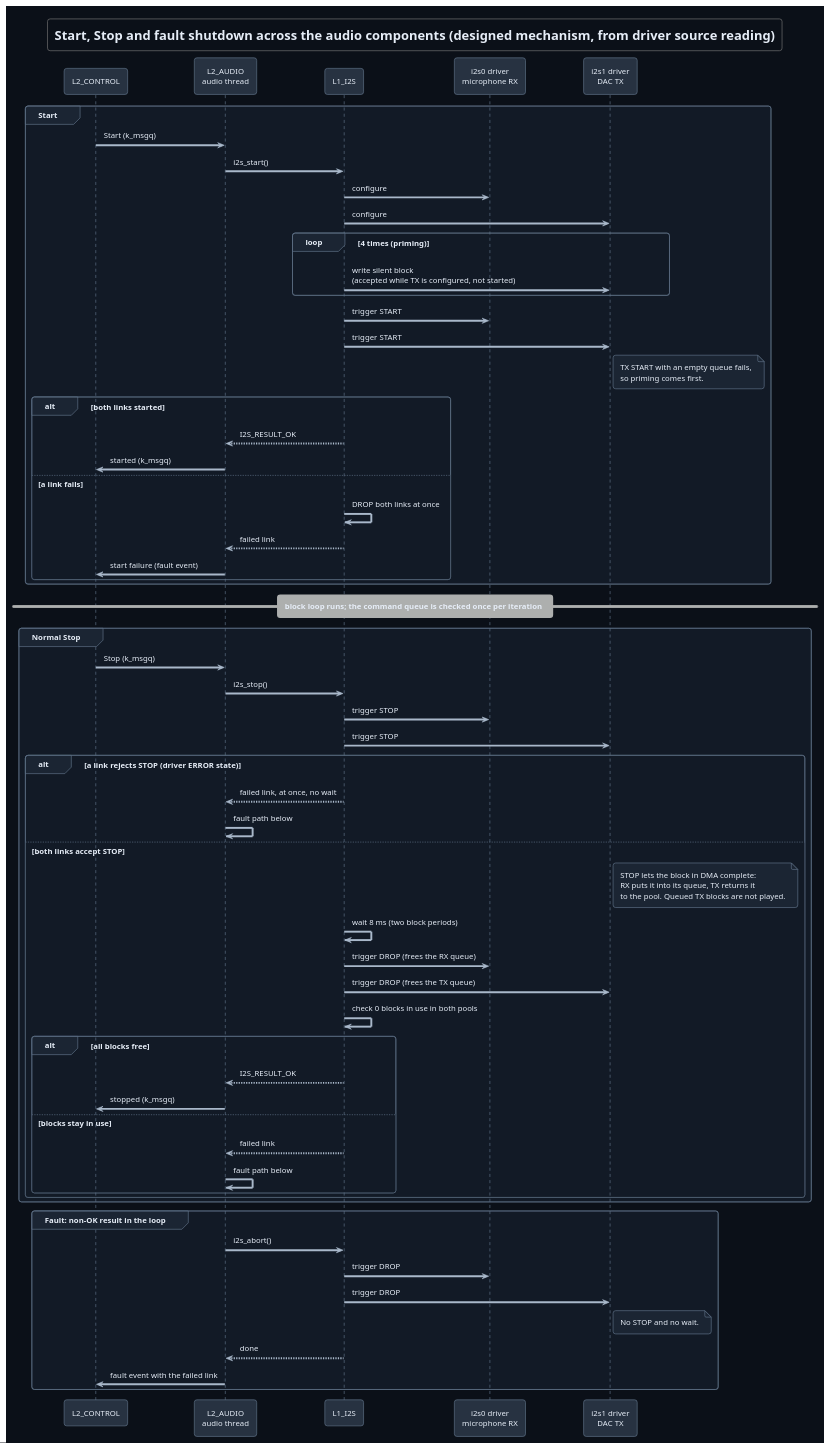
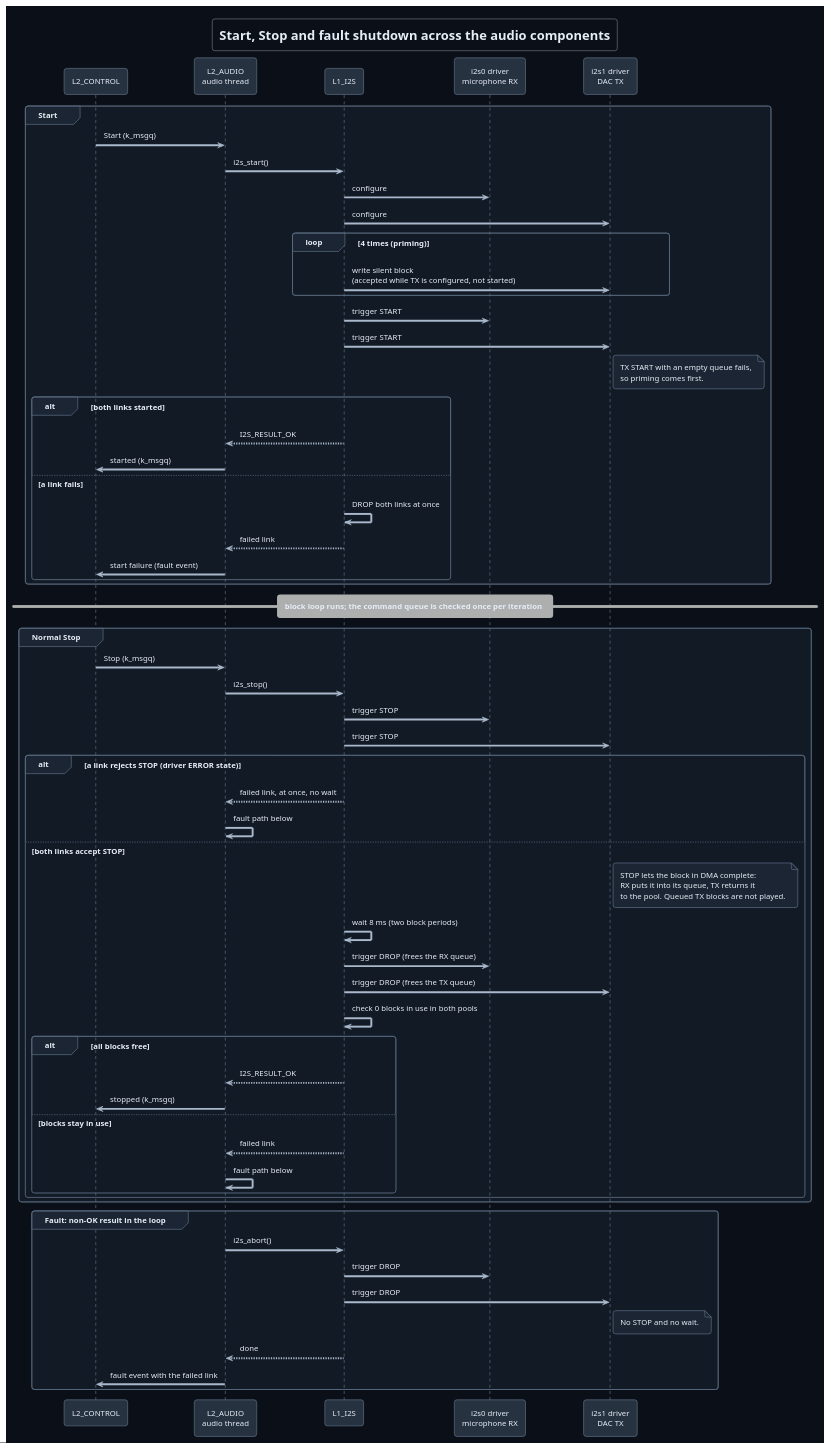
The diagram in Development/system/design/AUDIO/start-stop-sequence.puml (DemonicPsychoII/DigitalStethoscope), drawn with PlantUML before and after one commit. The commit also changed 181 other files, not shown here.

First line of the commit message:
documentation: state only what is in architecture, design and code documents

```diff
--- a/Development/system/design/AUDIO/start-stop-sequence.puml
+++ b/Development/system/design/AUDIO/start-stop-sequence.puml
@@ -1,96 +1,96 @@
 @startuml start_stop_sequence
 !theme cyborg
 !pragma layout smetana
 skinparam shadowing false
 skinparam defaultFontName SansSerif
 skinparam backgroundColor #0b1018
 skinparam defaultFontColor #e6edf7
 skinparam ArrowColor #a9b8ca
 skinparam ArrowFontColor #e6edf7
 skinparam sequence {
  ParticipantBackgroundColor #273241
  ParticipantBorderColor #61738a
  ParticipantFontColor #e6edf7
  LifeLineBorderColor #61738a
  GroupBorderColor #61738a
  GroupHeaderFontColor #e6edf7
  GroupBackgroundColor #1b2533
 }
 skinparam sequenceGroupBodyBackGroundColor #121a26
 skinparam note {
  BackgroundColor #1b2533
  BorderColor #61738a
  FontColor #e6edf7
 }
-title Start, Stop and fault shutdown across the audio components (designed mechanism, from driver source reading)
+title Start, Stop and fault shutdown across the audio components
 participant "L2_CONTROL" as control
 participant "L2_AUDIO\naudio thread" as audio
 participant "L1_I2S" as transport
 participant "i2s0 driver\nmicrophone RX" as receiveDriver
 participant "i2s1 driver\nDAC TX" as transmitDriver
 
 group Start
   control -> audio : Start (k_msgq)
   audio -> transport : i2s_start()
   transport -> receiveDriver : configure
   transport -> transmitDriver : configure
   loop 4 times (priming)
     transport -> transmitDriver : write silent block\n(accepted while TX is configured, not started)
   end
   transport -> receiveDriver : trigger START
   transport -> transmitDriver : trigger START
   note right of transmitDriver
     TX START with an empty queue fails,
     so priming comes first.
   end note
   alt both links started
     transport --> audio : I2S_RESULT_OK
     audio -> control : started (k_msgq)
   else a link fails
     transport -> transport : DROP both links at once
     transport --> audio : failed link
     audio -> control : start failure (fault event)
   end
 end
 
 == block loop runs; the command queue is checked once per iteration ==
 
 group Normal Stop
   control -> audio : Stop (k_msgq)
   audio -> transport : i2s_stop()
   transport -> receiveDriver : trigger STOP
   transport -> transmitDriver : trigger STOP
   alt a link rejects STOP (driver ERROR state)
     transport --> audio : failed link, at once, no wait
     audio -> audio : fault path below
   else both links accept STOP
     note right of transmitDriver
       STOP lets the block in DMA complete:
       RX puts it into its queue, TX returns it
       to the pool. Queued TX blocks are not played.
     end note
     transport -> transport : wait 8 ms (two block periods)
     transport -> receiveDriver : trigger DROP (frees the RX queue)
     transport -> transmitDriver : trigger DROP (frees the TX queue)
     transport -> transport : check 0 blocks in use in both pools
     alt all blocks free
       transport --> audio : I2S_RESULT_OK
       audio -> control : stopped (k_msgq)
     else blocks stay in use
       transport --> audio : failed link
       audio -> audio : fault path below
     end
   end
 end
 
 group Fault: non-OK result in the loop
   audio -> transport : i2s_abort()
   transport -> receiveDriver : trigger DROP
   transport -> transmitDriver : trigger DROP
   note right of transmitDriver
     No STOP and no wait.
   end note
   transport --> audio : done
   audio -> control : fault event with the failed link
 end
 @enduml
```
